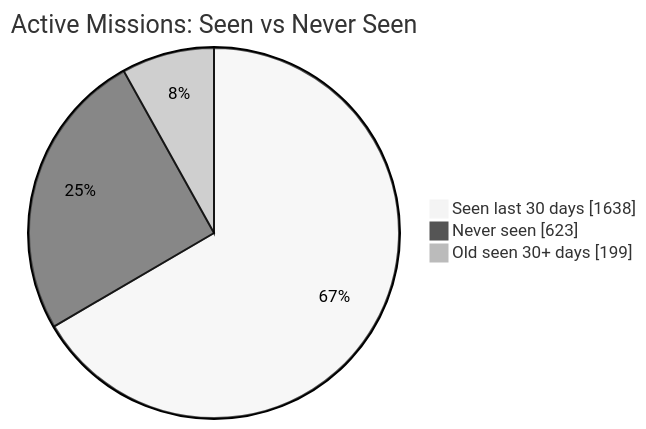
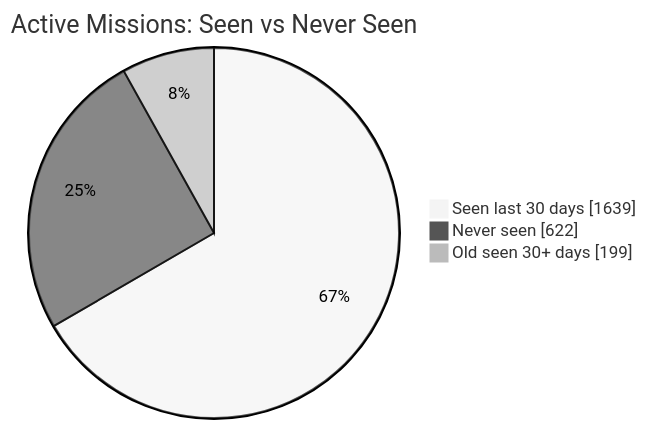
The first of 2 diagrams in README.md (MeldkamerspelGameTeam/active-missions), drawn with Mermaid (neutral theme) before and after one commit. The commit also changed other lines of this file and 2 other files, not shown here.

````diff
--- a/README.md
+++ b/README.md
@@ -34,7 +34,7 @@
 ```mermaid
 pie showData
     title Active Missions: Seen vs Never Seen
-    "Seen last 30 days" : 1638
-    "Never seen" : 623
+    "Seen last 30 days" : 1639
+    "Never seen" : 622
     "Old seen 30+ days" : 199
 ```
````
